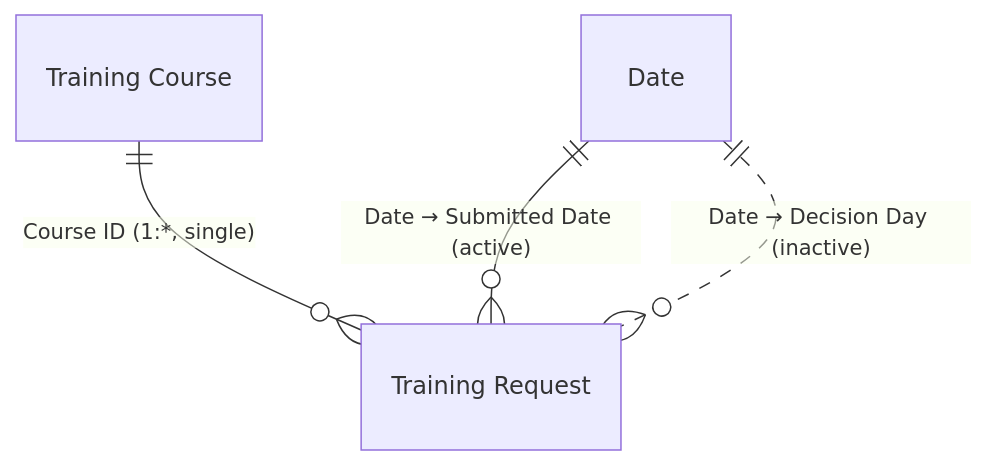
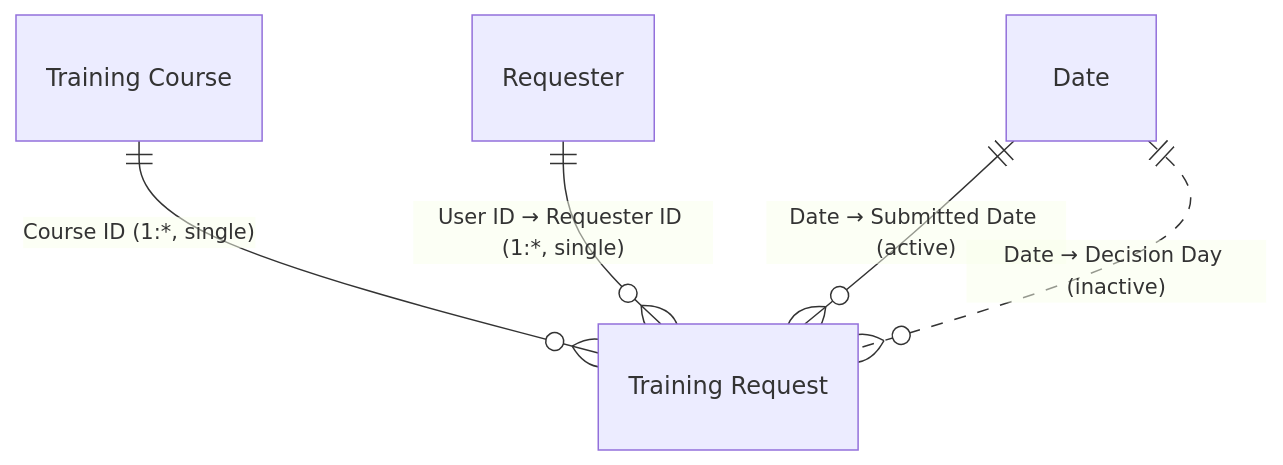
Before and after one commit to jadencutinha/skillpath: the diagram in powerbi/model.md, drawn with Mermaid. The commit also changed other lines of this file and 38 other files, not shown here.

````diff
--- a/powerbi/model.md
+++ b/powerbi/model.md
@@ -21,6 +35,7 @@
 ```mermaid
 erDiagram
     "Training Course" ||--o{ "Training Request" : "Course ID (1:*, single)"
+    "Requester" ||--o{ "Training Request" : "User ID → Requester ID (1:*, single)"
     "Date" ||--o{ "Training Request" : "Date → Submitted Date (active)"
     "Date" ||..o{ "Training Request" : "Date → Decision Day (inactive)"
 ```
````
